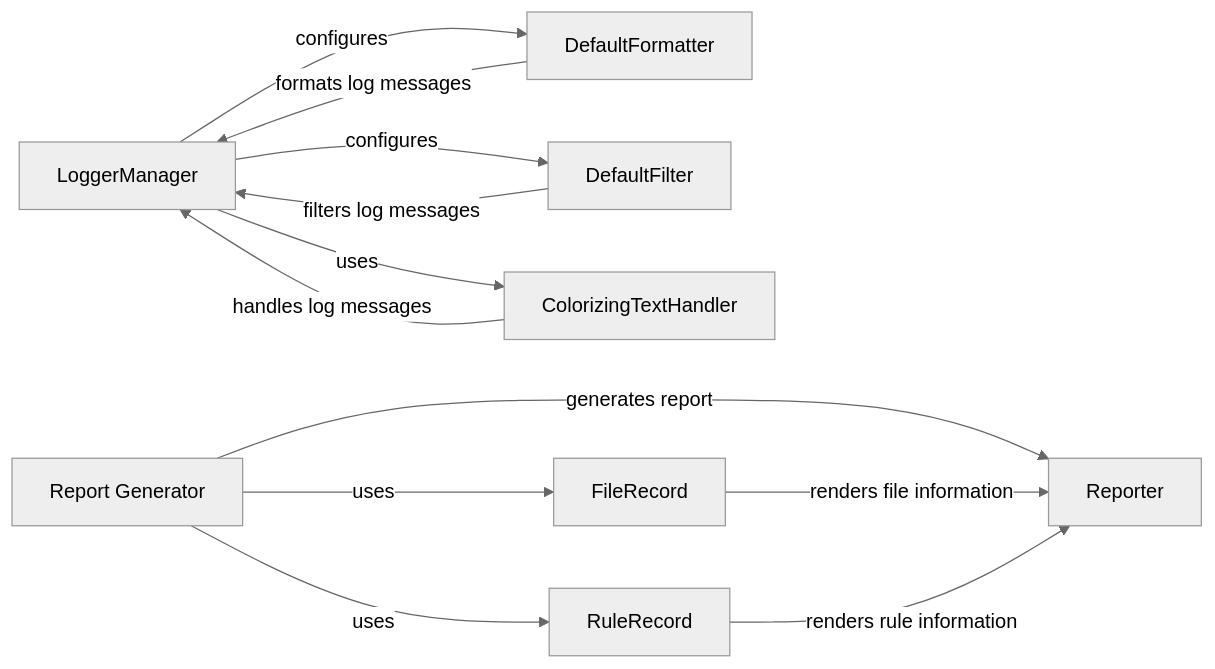
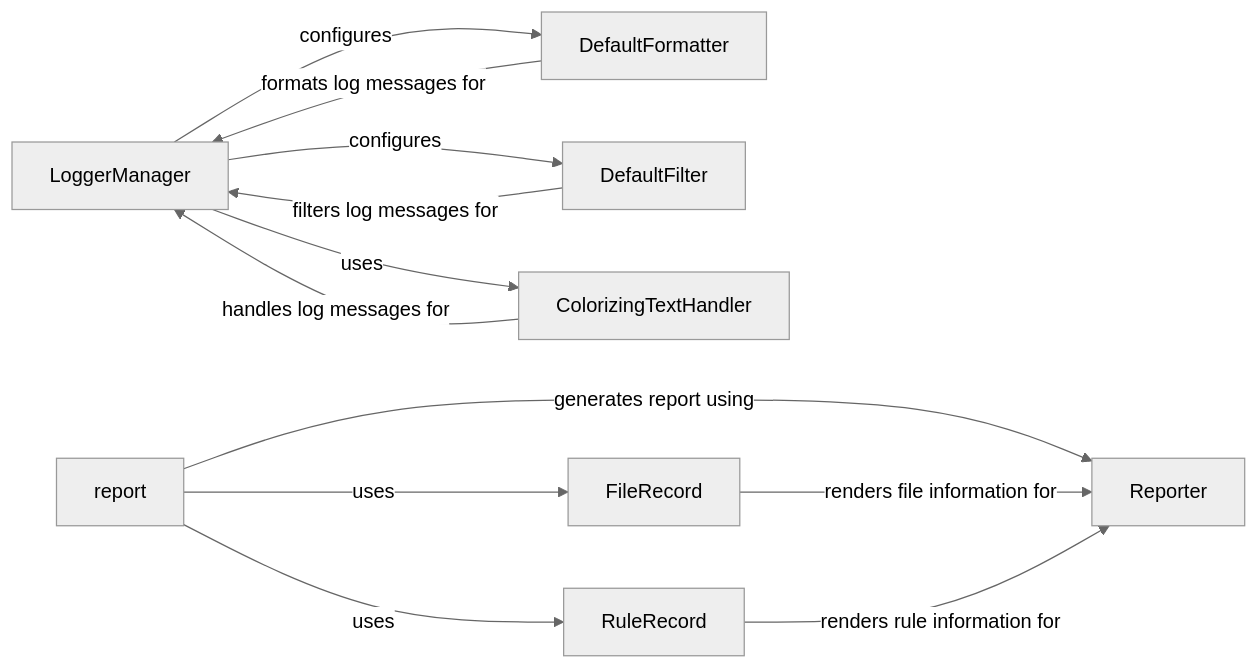
The diagram in snakemake/Reporting and Logging.md (CodeBoarding/GeneratedOnBoardings), drawn with Mermaid (neutral theme) before and after one commit. The commit also changed other lines of this file and 11 other files, not shown here.

````diff
--- a/snakemake/Reporting and Logging.md
+++ b/snakemake/Reporting and Logging.md
@@ -1,22 +1,22 @@
 ```mermaid
 graph LR
     LoggerManager["LoggerManager"]
     DefaultFormatter["DefaultFormatter"]
     DefaultFilter["DefaultFilter"]
     ColorizingTextHandler["ColorizingTextHandler"]
-    Report_Generator["Report Generator"]
+    report["report"]
+    FileRecord["FileRecord"]
     RuleRecord["RuleRecord"]
-    FileRecord["FileRecord"]
     Reporter["Reporter"]
     LoggerManager -- "configures" --> DefaultFormatter
     LoggerManager -- "configures" --> DefaultFilter
     LoggerManager -- "uses" --> ColorizingTextHandler
-    DefaultFormatter -- "formats log messages" --> LoggerManager
-    DefaultFilter -- "filters log messages" --> LoggerManager
-    ColorizingTextHandler -- "handles log messages" --> LoggerManager
-    Report_Generator -- "generates report" --> Reporter
-    Report_Generator -- "uses" --> RuleRecord
-    Report_Generator -- "uses" --> FileRecord
-    FileRecord -- "renders file information" --> Reporter
-    RuleRecord -- "renders rule information" --> Reporter
+    DefaultFormatter -- "formats log messages for" --> LoggerManager
+    DefaultFilter -- "filters log messages for" --> LoggerManager
+    ColorizingTextHandler -- "handles log messages for" --> LoggerManager
+    report -- "generates report using" --> Reporter
+    report -- "uses" --> RuleRecord
+    report -- "uses" --> FileRecord
+    FileRecord -- "renders file information for" --> Reporter
+    RuleRecord -- "renders rule information for" --> Reporter
 ```
````
